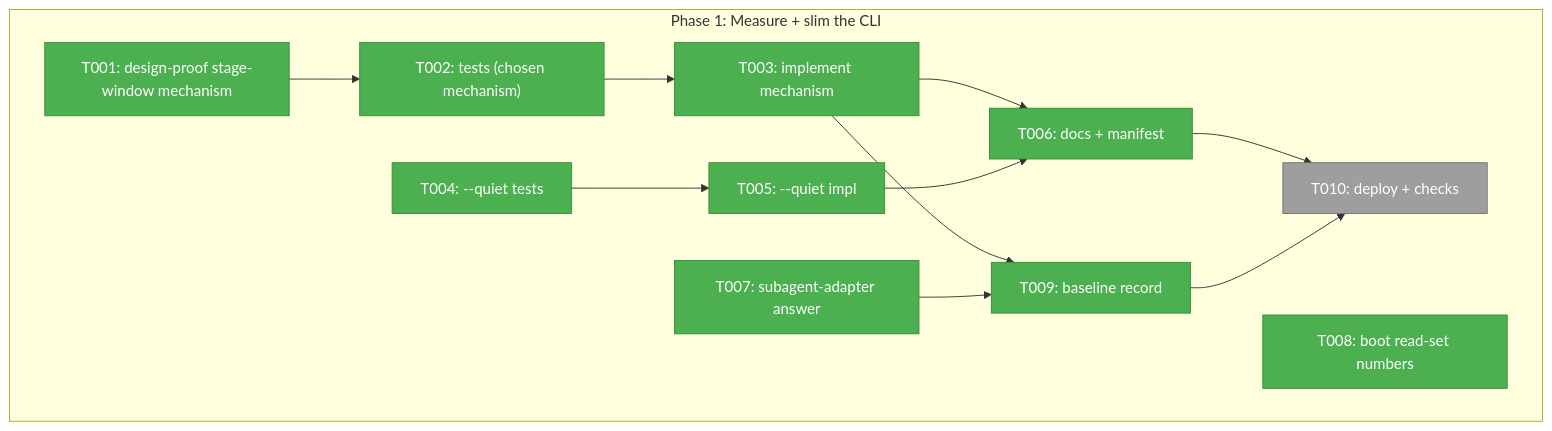
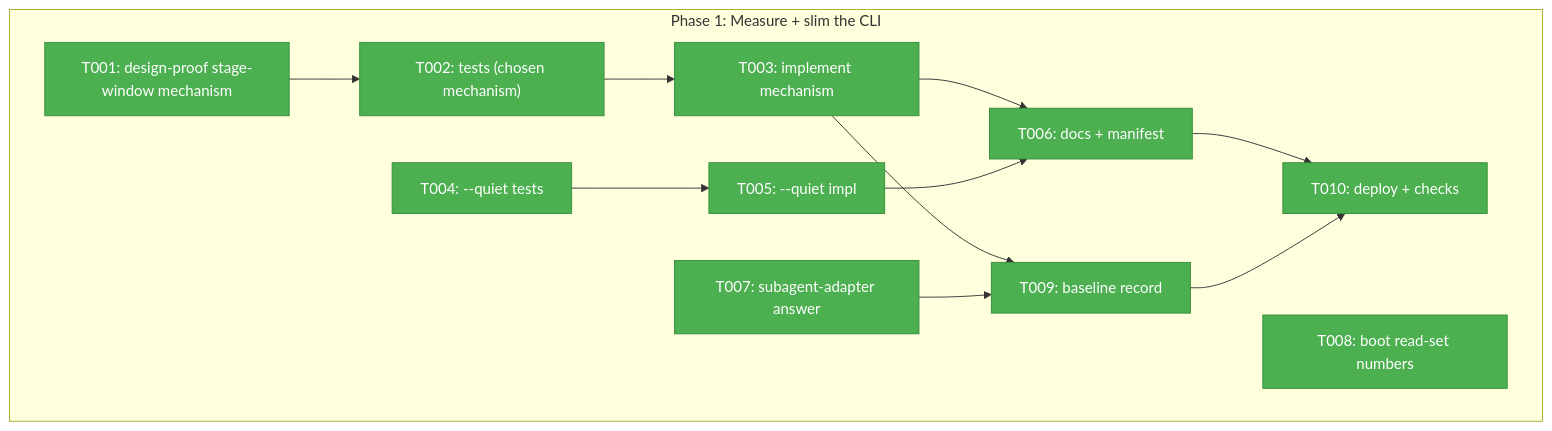
The first of 2 diagrams in docs/plans/057-flow-token-efficiency/tasks/phase-1-measure-slim-cli/tasks.md (AI-Substrate/harness-engineering), drawn with Mermaid before and after one commit. The commit also changed other lines of this file and 3 other files, not shown here.

Commit message:
docs(057): phase-1 execution log complete + flow state (T010)

````diff
--- a/docs/plans/057-flow-token-efficiency/tasks/phase-1-measure-slim-cli/tasks.md
+++ b/docs/plans/057-flow-token-efficiency/tasks/phase-1-measure-slim-cli/tasks.md
@@ -29,22 +29,22 @@
 ```mermaid
 flowchart TD
     classDef pending fill:#9E9E9E,stroke:#757575,color:#fff
     classDef completed fill:#4CAF50,stroke:#388E3C,color:#fff
     subgraph Phase["Phase 1: Measure + slim the CLI"]
         T001["T001: design-proof stage-window mechanism"]:::completed
         T002["T002: tests (chosen mechanism)"]:::completed
         T003["T003: implement mechanism"]:::completed
         T004["T004: --quiet tests"]:::completed
         T005["T005: --quiet impl"]:::completed
         T006["T006: docs + manifest"]:::completed
         T007["T007: subagent-adapter answer"]:::completed
         T008["T008: boot read-set numbers"]:::completed
         T009["T009: baseline record"]:::completed
-        T010["T010: deploy + checks"]:::pending
+        T010["T010: deploy + checks"]:::completed
         T001 --> T002 --> T003 --> T009
         T004 --> T005
         T003 --> T006
         T005 --> T006 --> T010
         T007 --> T009 --> T010
     end
 ```
````
